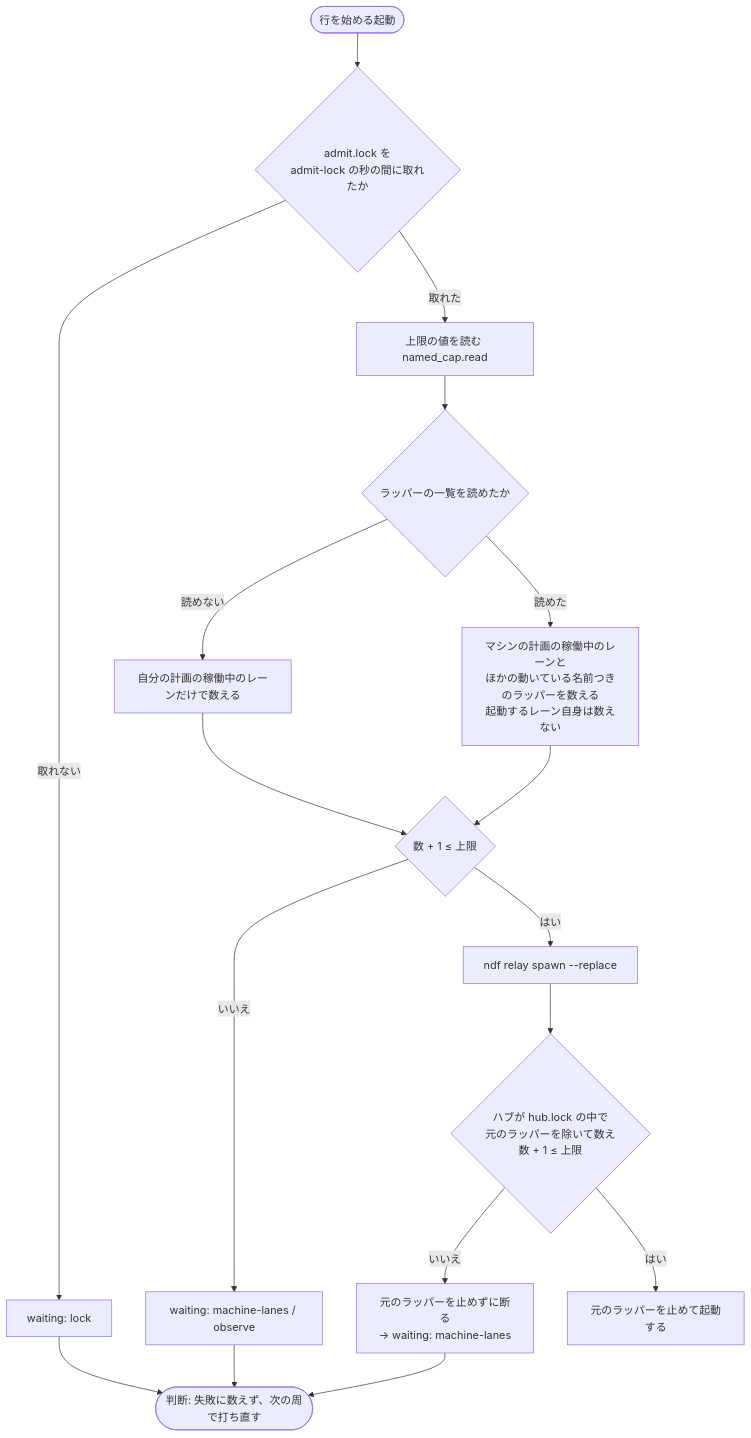
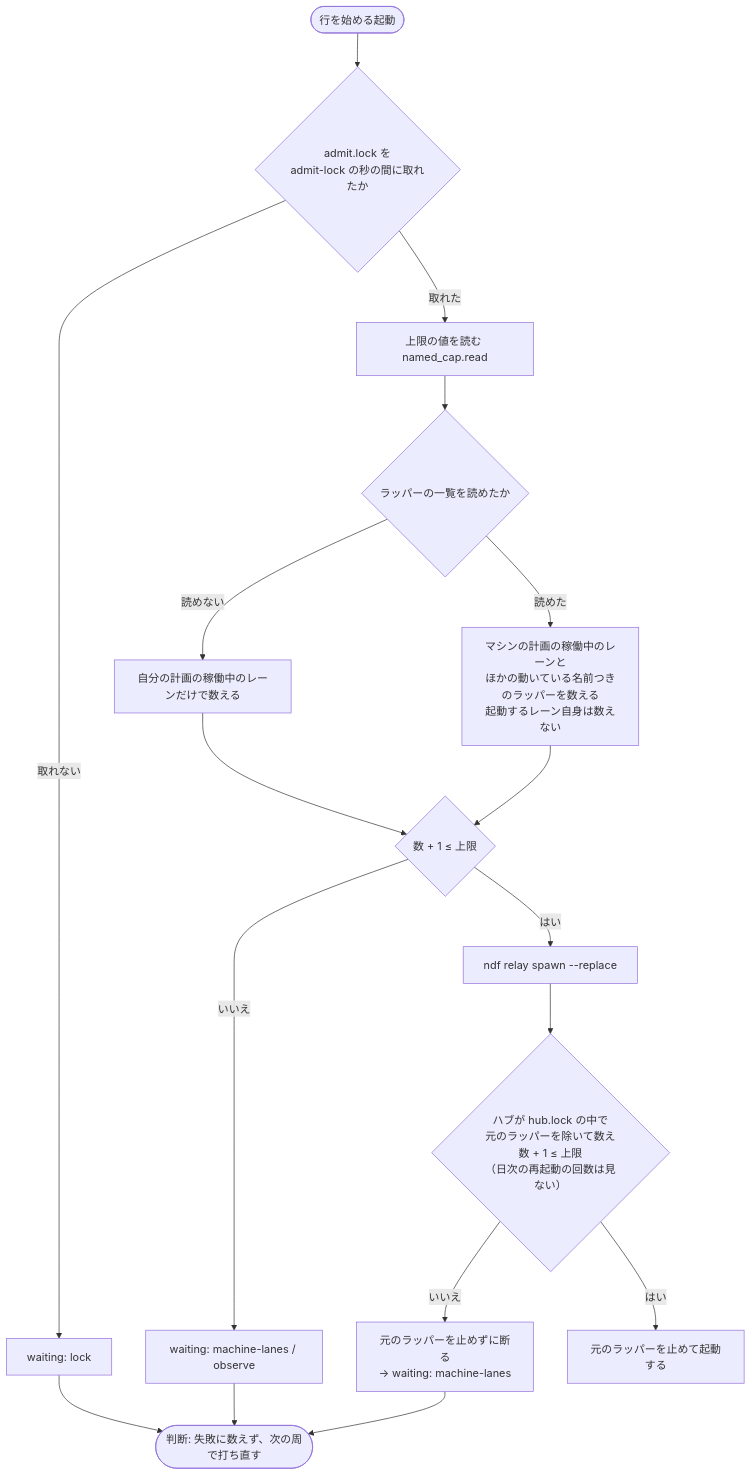
One commit to devbasex/ai-plugins changed the third of 3 diagrams in issues/issue-3989-design.md. Above: the diagram before and after it, drawn with Mermaid. The commit also changed other lines of this file and 1 other file, not shown here.

````diff
--- a/issues/issue-3989-design.md
+++ b/issues/issue-3989-design.md
@@ -85,19 +85,19 @@
 ```mermaid
 flowchart TD
   S([行を始める起動]) --> L{admit.lock を<br>admit-lock の秒の間に取れたか}
   L -- 取れない --> WL[waiting: lock]
   L -- 取れた --> C[上限の値を読む named_cap.read]
   C --> R{ラッパーの一覧を読めたか}
   R -- 読めない --> O[自分の計画の稼働中のレーンだけで数える]
   R -- 読めた --> M[マシンの計画の稼働中のレーンと<br>ほかの動いている名前つきのラッパーを数える<br>起動するレーン自身は数えない]
   O --> J{数 + 1 ≤ 上限}
   M --> J
   J -- いいえ --> WR[waiting: machine-lanes / observe]
   J -- はい --> G[ndf relay spawn --replace]
-  G --> HJ{ハブが hub.lock の中で<br>元のラッパーを除いて数え<br>数 + 1 ≤ 上限}
+  G --> HJ{ハブが hub.lock の中で<br>元のラッパーを除いて数え<br>数 + 1 ≤ 上限<br>（日次の再起動の回数は見ない）}
   HJ -- いいえ --> WH[元のラッパーを止めずに断る<br>→ waiting: machine-lanes]
   HJ -- はい --> HS[元のラッパーを止めて起動する]
   WL --> N([判断: 失敗に数えず、次の周で打ち直す])
   WR --> N
   WH --> N
 ```
````
